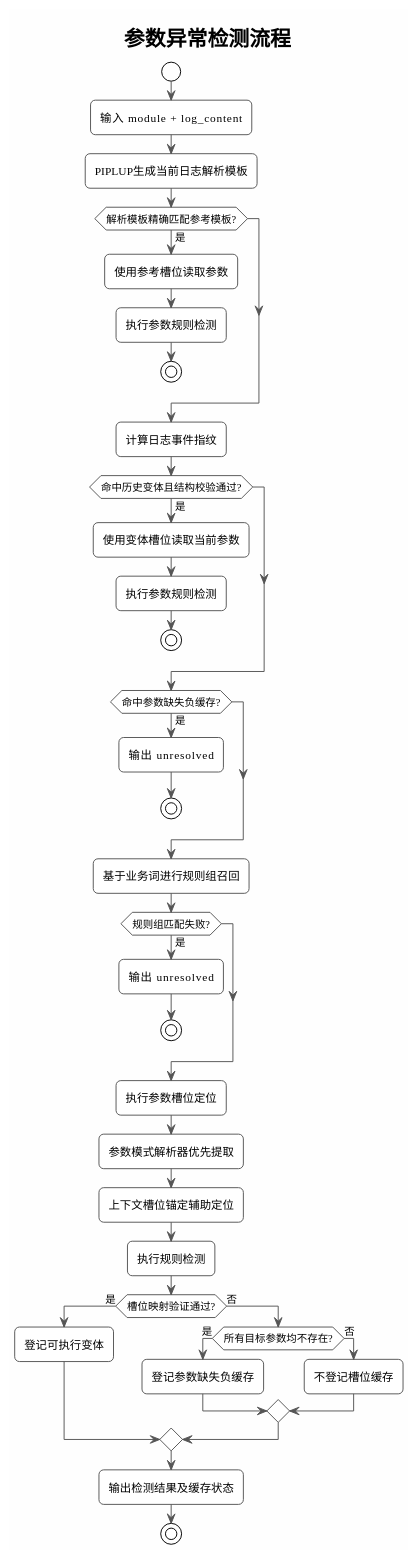
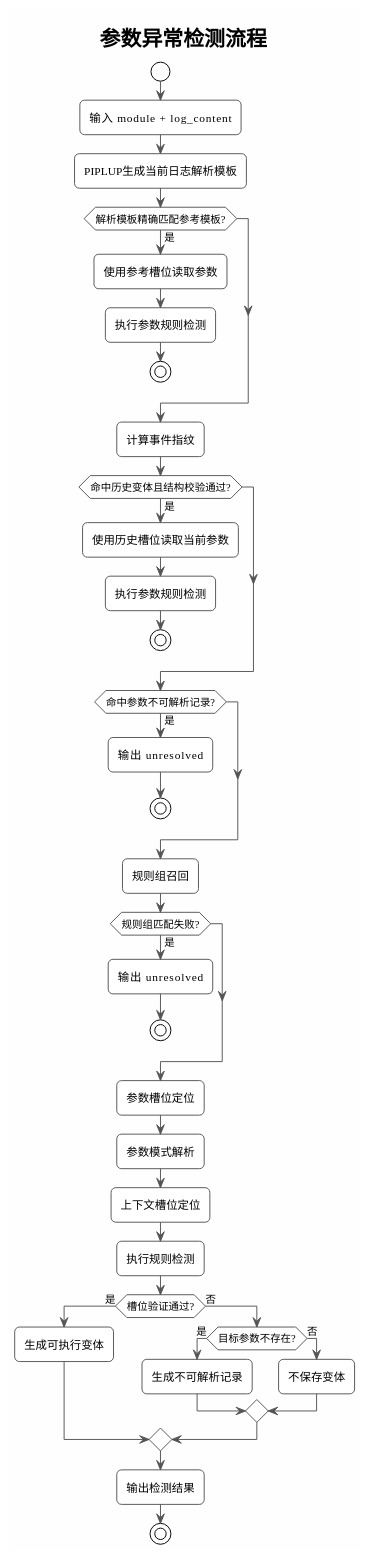
Before and after one commit to HouMonKy/TIG-PIPLUP: the sixth of 10 diagrams in LogNet3.0方案设计与实现文档.md, drawn with PlantUML. The commit also changed other lines of this file, not shown here.

````diff
--- a/LogNet3.0方案设计与实现文档.md
+++ b/LogNet3.0方案设计与实现文档.md
@@ -567,18 +561,18 @@
 endif
 
 
-:计算日志事件指纹;
+:计算事件指纹;
 
 if (命中历史变体且结构校验通过?) then (是)
 
-    :使用变体槽位读取当前参数;
+    :使用历史槽位读取当前参数;
     :执行参数规则检测;
     stop
 
 endif
 
 
-if (命中参数缺失负缓存?) then (是)
+if (命中参数不可解析记录?) then (是)
 
     :输出 unresolved;
     stop
@@ -586,7 +580,7 @@
 endif
 
 
-:基于业务词进行规则组召回;
+:规则组召回;
 
 
 if (规则组匹配失败?) then (是)
@@ -597,37 +591,39 @@
 endif
 
 
-:执行参数槽位定位;
+:参数槽位定位;
 
-:参数模式解析器优先提取;
-:上下文槽位锚定辅助定位;
+:参数模式解析;
+
+:上下文槽位定位;
 
 
 :执行规则检测;
 
 
-if (槽位映射验证通过?) then (是)
+if (槽位验证通过?) then (是)
 
-    :登记可执行变体;
+    :生成可执行变体;
 
 else (否)
 
-    if (所有目标参数均不存在?) then (是)
+    if (目标参数不存在?) then (是)
 
-        :登记参数缺失负缓存;
+        :生成不可解析记录;
 
     else (否)
 
-        :不登记槽位缓存;
+        :不保存变体;
 
     endif
 
 endif
 
 
-:输出检测结果及缓存状态;
+:输出检测结果;
 
 stop
 
+
 @enduml
 ```
````
